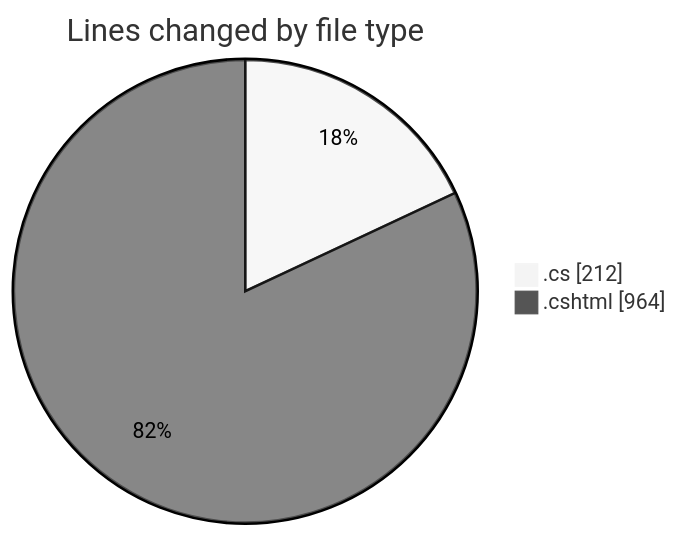
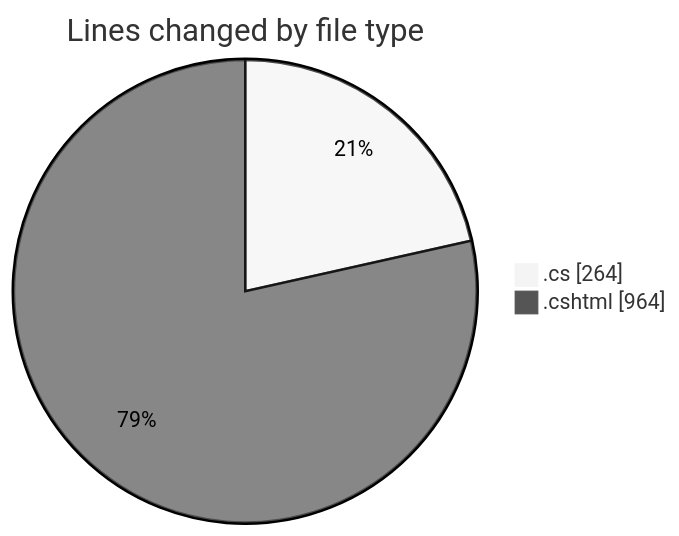
Before and after one commit to lephambinh05/code-tracking: the first of 2 diagrams in 2025-07-16/nhahang/README.md, drawn with Mermaid (neutral theme). The commit also changed other lines of this file and 1 other file, not shown here.

````diff
--- a/2025-07-16/nhahang/README.md
+++ b/2025-07-16/nhahang/README.md
@@ -45,6 +46,6 @@
 ```mermaid
 pie showData
 title Lines changed by file type
-".cs" : 212
+".cs" : 264
 ".cshtml" : 964
 ```
````
